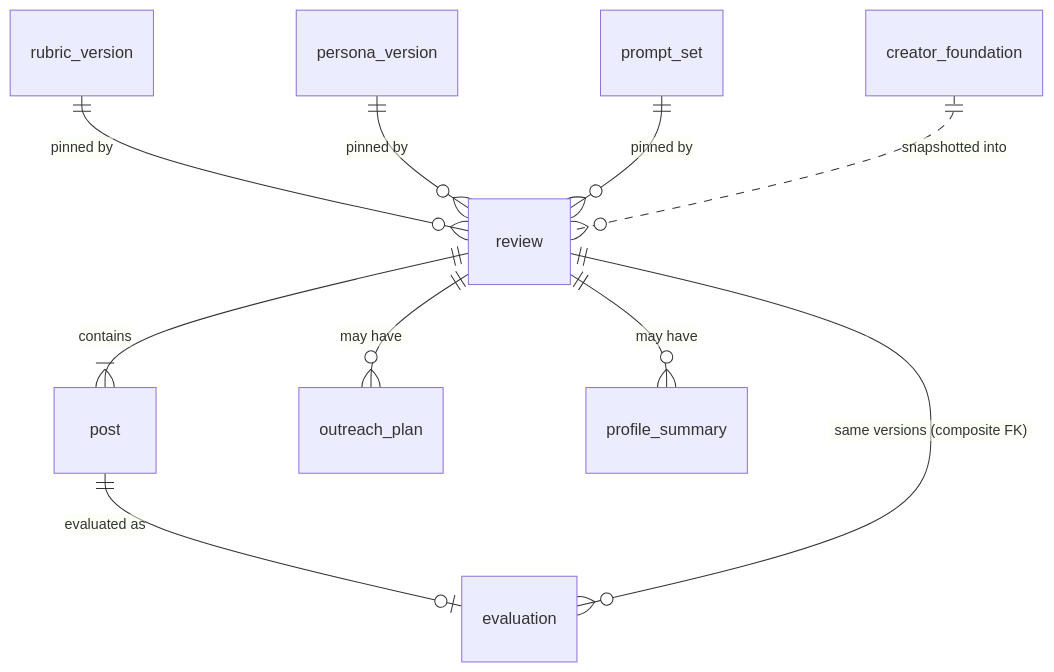
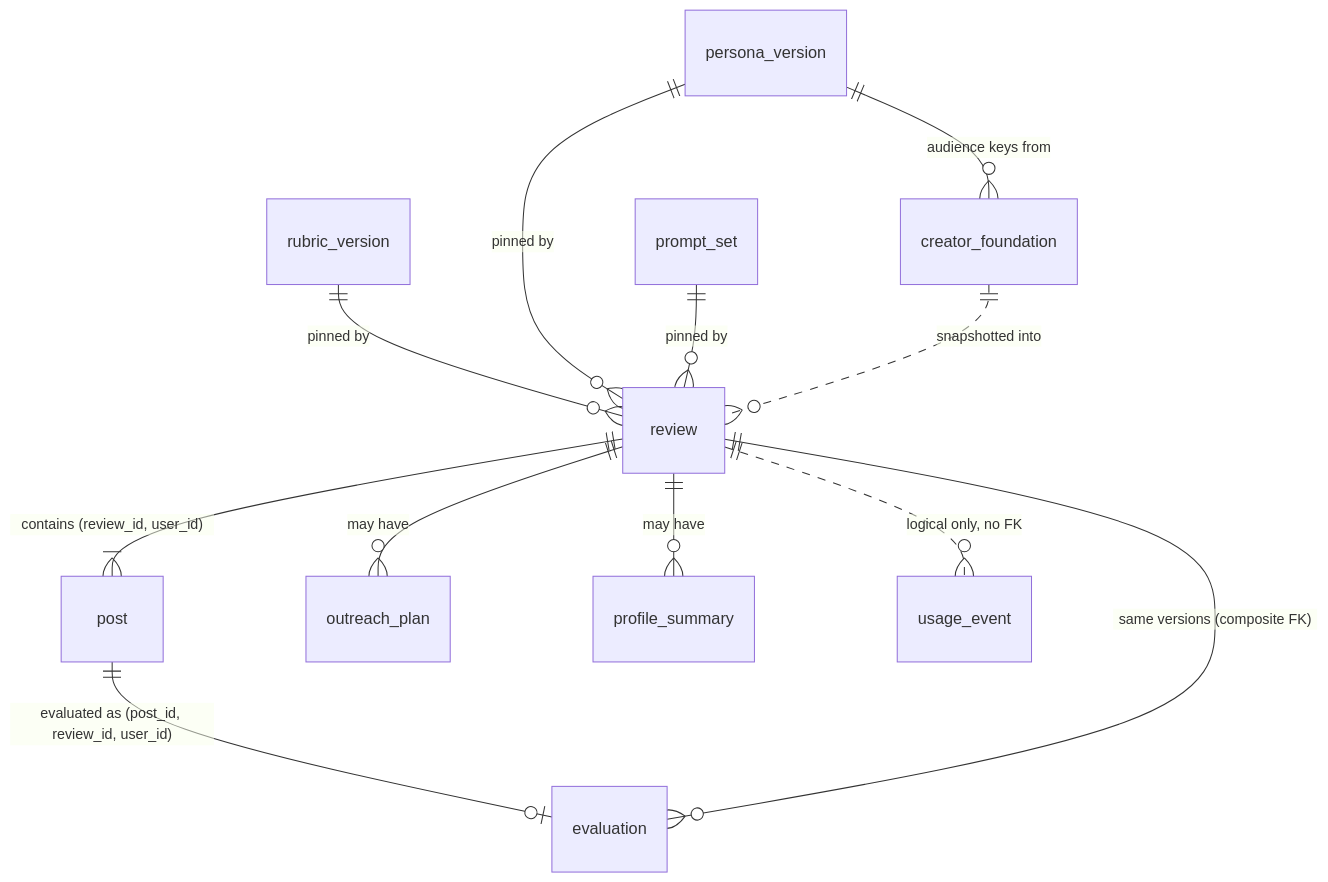
The diagram in _bmad-output/planning-artifacts/architecture/architecture-FC-Final-Project-2026-10-21/SCHEMA-draft.md (bennchristian/FC-Final-Project), drawn with Mermaid before and after one commit. The commit also changed other lines of this file and 43 other files, not shown here.

````diff
--- a/_bmad-output/planning-artifacts/architecture/architecture-FC-Final-Project-2026-10-21/SCHEMA-draft.md
+++ b/_bmad-output/planning-artifacts/architecture/architecture-FC-Final-Project-2026-10-21/SCHEMA-draft.md
@@ -24,12 +25,14 @@
 ```mermaid
 erDiagram
   rubric_version ||--o{ review : "pinned by"
   persona_version ||--o{ review : "pinned by"
   prompt_set ||--o{ review : "pinned by"
-  review ||--|{ post : contains
-  post ||--o| evaluation : "evaluated as"
+  persona_version ||--o{ creator_foundation : "audience keys from"
+  review ||--|{ post : "contains (review_id, user_id)"
+  post ||--o| evaluation : "evaluated as (post_id, review_id, user_id)"
   review ||--o{ evaluation : "same versions (composite FK)"
   review ||--o{ outreach_plan : "may have"
   review ||--o{ profile_summary : "may have"
   creator_foundation ||..o{ review : "snapshotted into"
+  review ||..o{ usage_event : "logical only, no FK"
 ```
````
